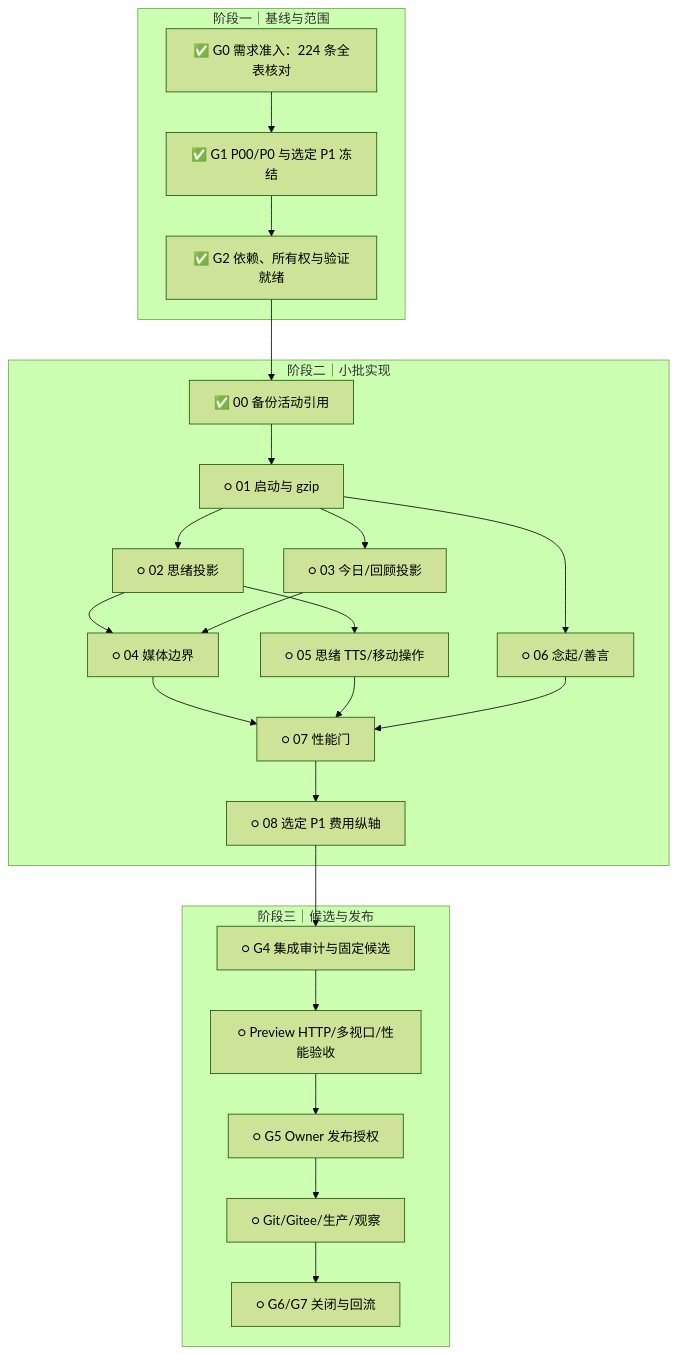
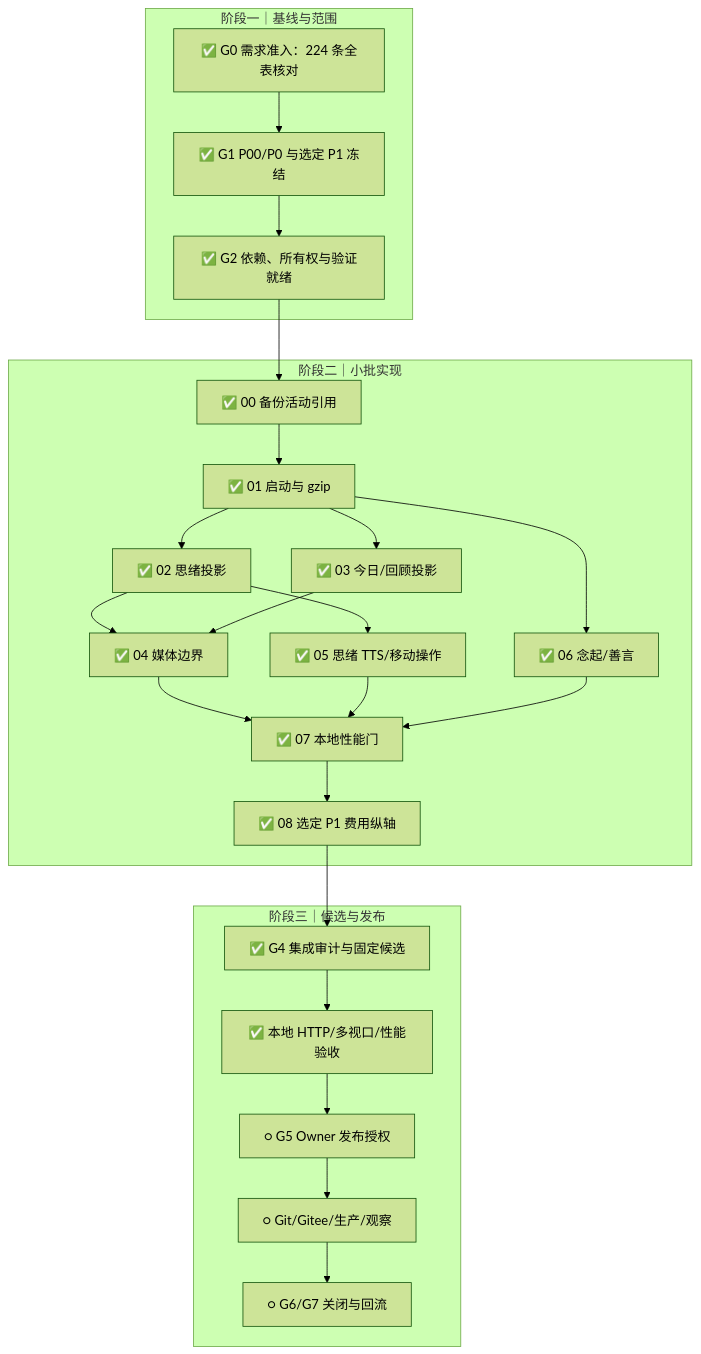
Before and after one commit to 77Liu/for-now: the diagram in reports/iteration-plan-v0.5.7-2026-10-04.md, drawn with Mermaid (forest theme). The commit also changed other lines of this file and 3 other files, not shown here.

````diff
--- a/reports/iteration-plan-v0.5.7-2026-10-04.md
+++ b/reports/iteration-plan-v0.5.7-2026-10-04.md
@@ -229,28 +229,28 @@
 ```mermaid
 flowchart TD
   subgraph BASE["阶段一｜基线与范围"]
     A["✅ G0 需求准入：224 条全表核对"] --> B["✅ G1 P00/P0 与选定 P1 冻结"]
     B --> C["✅ G2 依赖、所有权与验证就绪"]
   end
   subgraph BUILD["阶段二｜小批实现"]
     C --> D["✅ 00 备份活动引用"]
-    D --> E["○ 01 启动与 gzip"]
-    E --> F["○ 02 思绪投影"]
-    E --> G["○ 03 今日/回顾投影"]
-    F --> H["○ 04 媒体边界"]
+    D --> E["✅ 01 启动与 gzip"]
+    E --> F["✅ 02 思绪投影"]
+    E --> G["✅ 03 今日/回顾投影"]
+    F --> H["✅ 04 媒体边界"]
     G --> H
-    F --> I["○ 05 思绪 TTS/移动操作"]
-    E --> J["○ 06 念起/善言"]
-    H --> K["○ 07 性能门"]
+    F --> I["✅ 05 思绪 TTS/移动操作"]
+    E --> J["✅ 06 念起/善言"]
+    H --> K["✅ 07 本地性能门"]
     I --> K
     J --> K
-    K --> L["○ 08 选定 P1 费用纵轴"]
+    K --> L["✅ 08 选定 P1 费用纵轴"]
   end
   subgraph RELEASE["阶段三｜候选与发布"]
-    L --> M["○ G4 集成审计与固定候选"]
-    M --> N["○ Preview HTTP/多视口/性能验收"]
+    L --> M["✅ G4 集成审计与固定候选"]
+    M --> N["✅ 本地 HTTP/多视口/性能验收"]
     N --> O["○ G5 Owner 发布授权"]
     O --> P["○ Git/Gitee/生产/观察"]
     P --> Q["○ G6/G7 关闭与回流"]
   end
 ```
````
